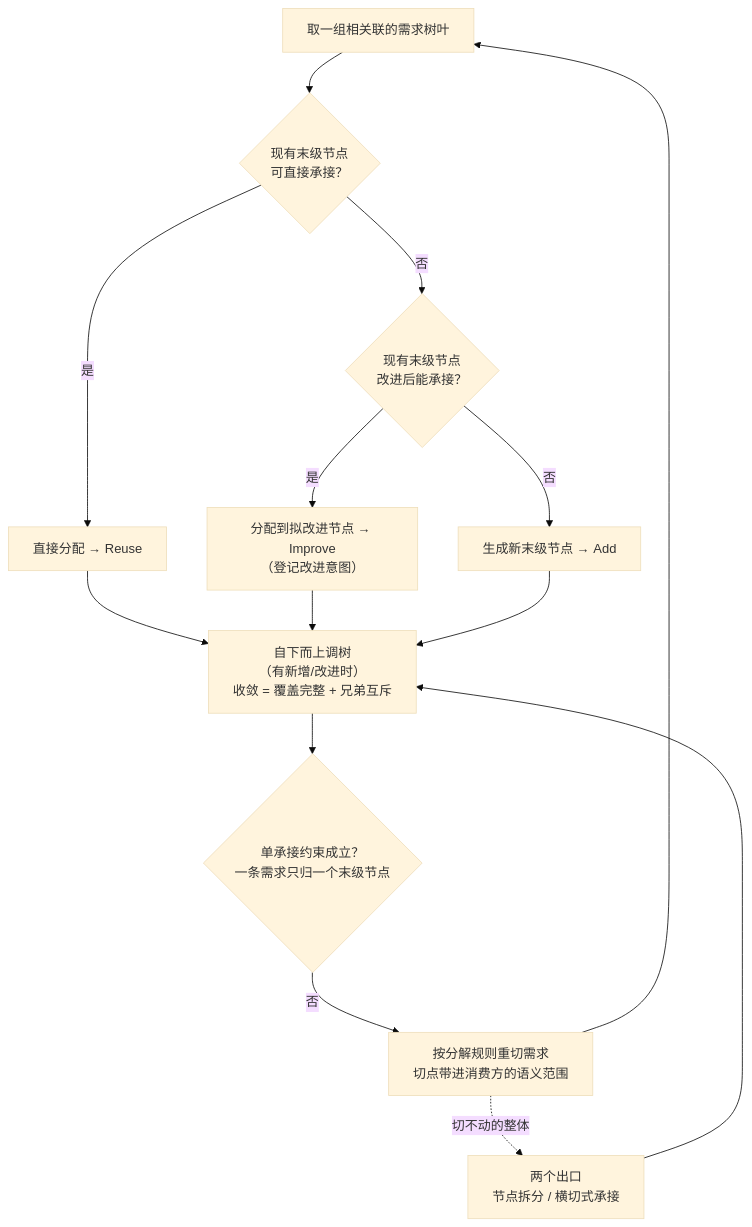
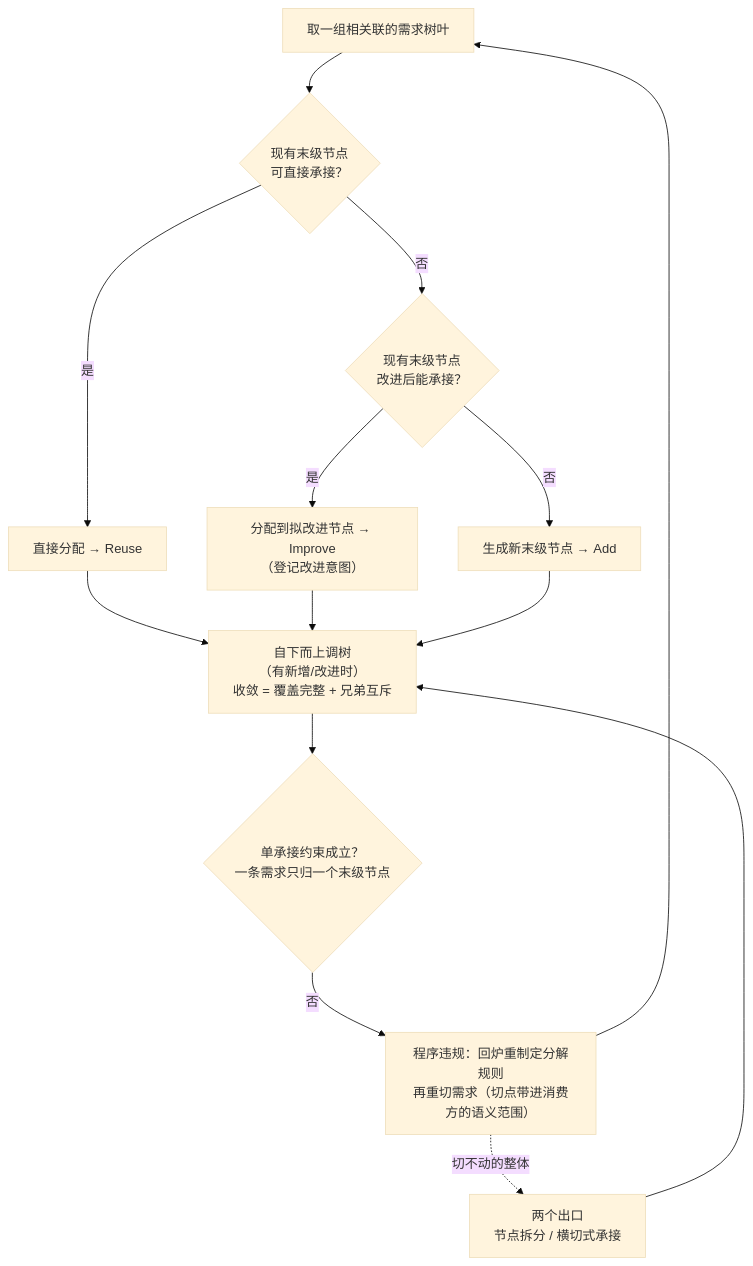
Before and after one commit to Yongjunzhou/AOS-system-design: the third of 4 diagrams in 50-research/00-系统工程相关研究报告/20-由需求开发方案研究报告-需求方案对与两阶段设计算法.md, drawn with Mermaid (base theme). The commit also changed other lines of this file and 2 other files, not shown here.

Commit message:
[教材] 20号报告·审视落地四项+E/F收口：A链尾阶段二移交开发线（从过程例外重构为规则结论：§2.3消费方原则接通、§1.4分解源判据升格全链规则接口、§5.4升格主定义、§〇/1.1/1.5/四/5.1/5.3/七全链8处联动，删「不再另行落纸」「详细级内容即组件规格」旧口径）+B预处理承接补覆盖关口（§3.3共用第二道关口+§2.5/§4.5适用面同步）+C覆盖检查统一节点级口径（§4.1步骤4）+D循环图补E→D补树叶回边+E图程序违规回炉显式化（§4.2图I节点两步动作）+F链首括注补执行指针（规则见§2.3/2.4，执行见§3.2）+记忆同步（2026-09-03）

````diff
--- a/50-research/00-系统工程相关研究报告/20-由需求开发方案研究报告-需求方案对与两阶段设计算法.md
+++ b/50-research/00-系统工程相关研究报告/20-由需求开发方案研究报告-需求方案对与两阶段设计算法.md
@@ -222,16 +224,16 @@
 ```mermaid
 flowchart TD
     A["取一组相关联的需求树叶"] --> B{"现有末级节点<br/>可直接承接？"}
     B -- 是 --> C["直接分配 → Reuse"]
     B -- 否 --> D{"现有末级节点<br/>改进后能承接？"}
     D -- 是 --> E["分配到拟改进节点 → Improve<br/>（登记改进意图）"]
     D -- 否 --> F["生成新末级节点 → Add"]
     C --> G["自下而上调树<br/>（有新增/改进时）<br/>收敛 = 覆盖完整 + 兄弟互斥"]
     E --> G
     F --> G
     G --> H{"单承接约束成立？<br/>一条需求只归一个末级节点"}
-    H -- 否 --> I["按分解规则重切需求<br/>切点带进消费方的语义范围"]
+    H -- 否 --> I["程序违规：回炉重制定分解规则<br/>再重切需求（切点带进消费方的语义范围）"]
     I --> A
     I -.->|"切不动的整体"| K["两个出口<br/>节点拆分 / 横切式承接"]
     K --> G
 ```
````
